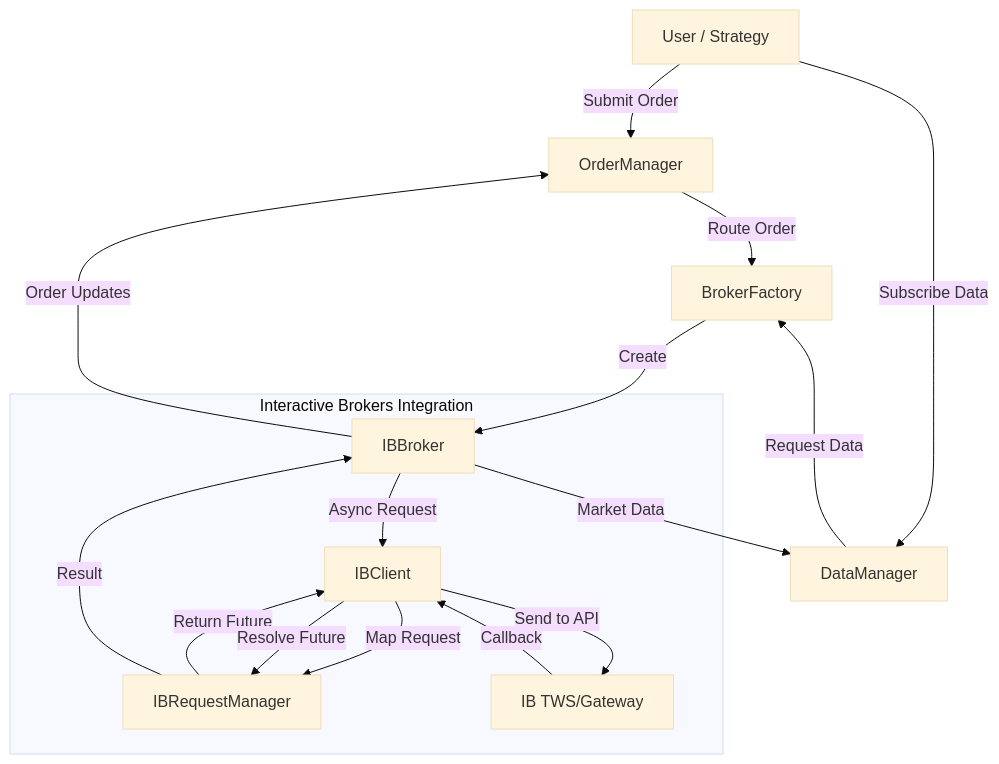
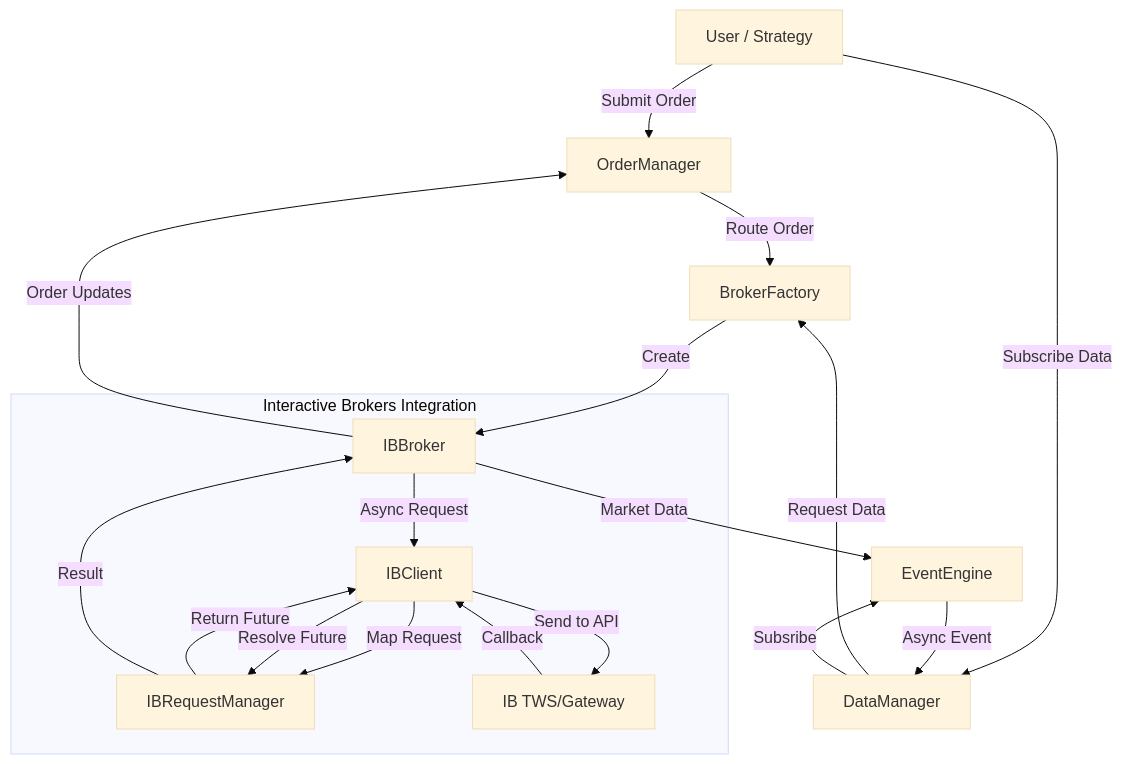
Before and after one commit to birjoossh/trading-system: the second of 2 diagrams in README.md, drawn with Mermaid (base theme). The commit also changed other lines of this file and 2 other files, not shown here.

Commit message:
docs: Update architecture diagrams to introduce EventEngine for asynchronous market data handling.

````diff
--- a/README.md
+++ b/README.md
@@ -39,23 +41,25 @@
 ```mermaid
 graph TD
     User[User / Strategy] -->|Submit Order| OM[OrderManager]
     User -->|Subscribe Data| DM[DataManager]
     
     OM -->|Route Order| BF[BrokerFactory]
     DM -->|Request Data| BF
+    DM -->|Subsribe| EE[EventEngine]
     
     BF -->|Create| IB[IBBroker]
     
     subgraph "Interactive Brokers Integration"
         IB -->|Async Request| IBC[IBClient]
         IBC -->|Map Request| RM[IBRequestManager]
         RM -->|Return Future| IBC
         IBC -->|Send to API| TWS[IB TWS/Gateway]
         TWS -->|Callback| IBC
         IBC -->|Resolve Future| RM
         RM -->|Result| IB
     end
     
     IB -->|Order Updates| OM
-    IB -->|Market Data| DM
+    IB -->|Market Data| EE
+    EE -->|Async Event| DM
 ```
````
